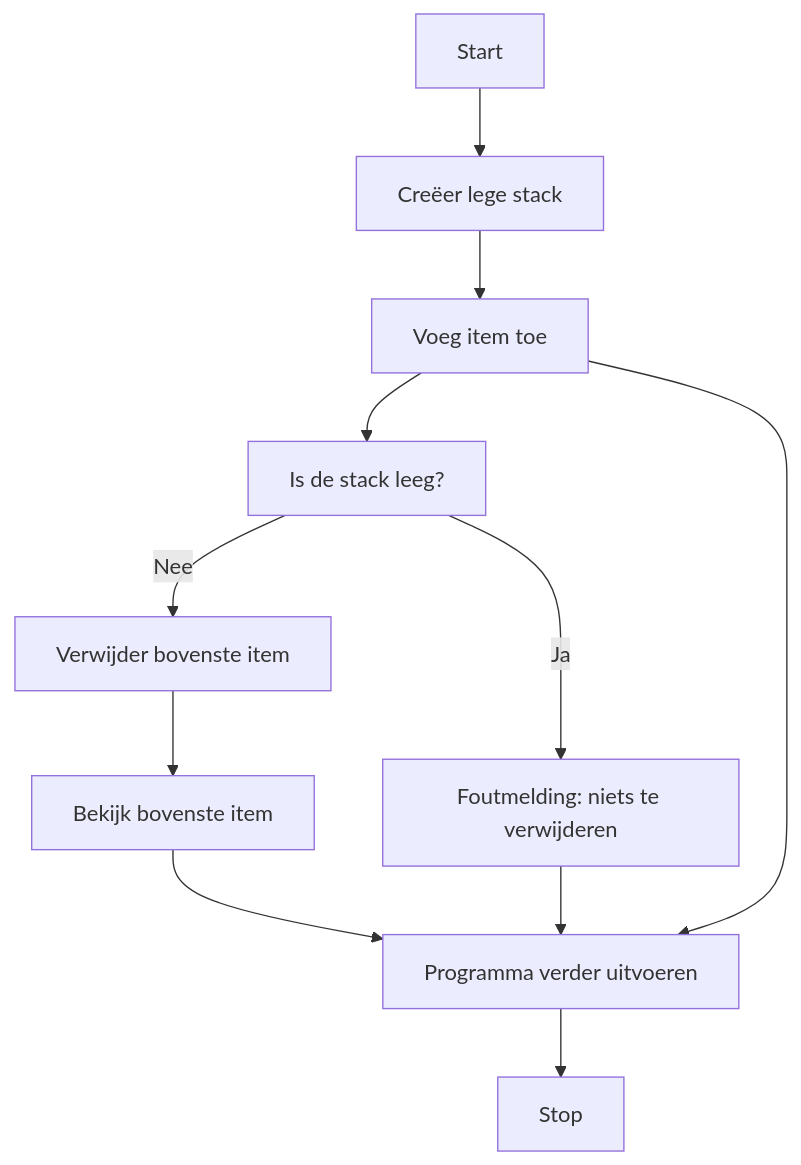
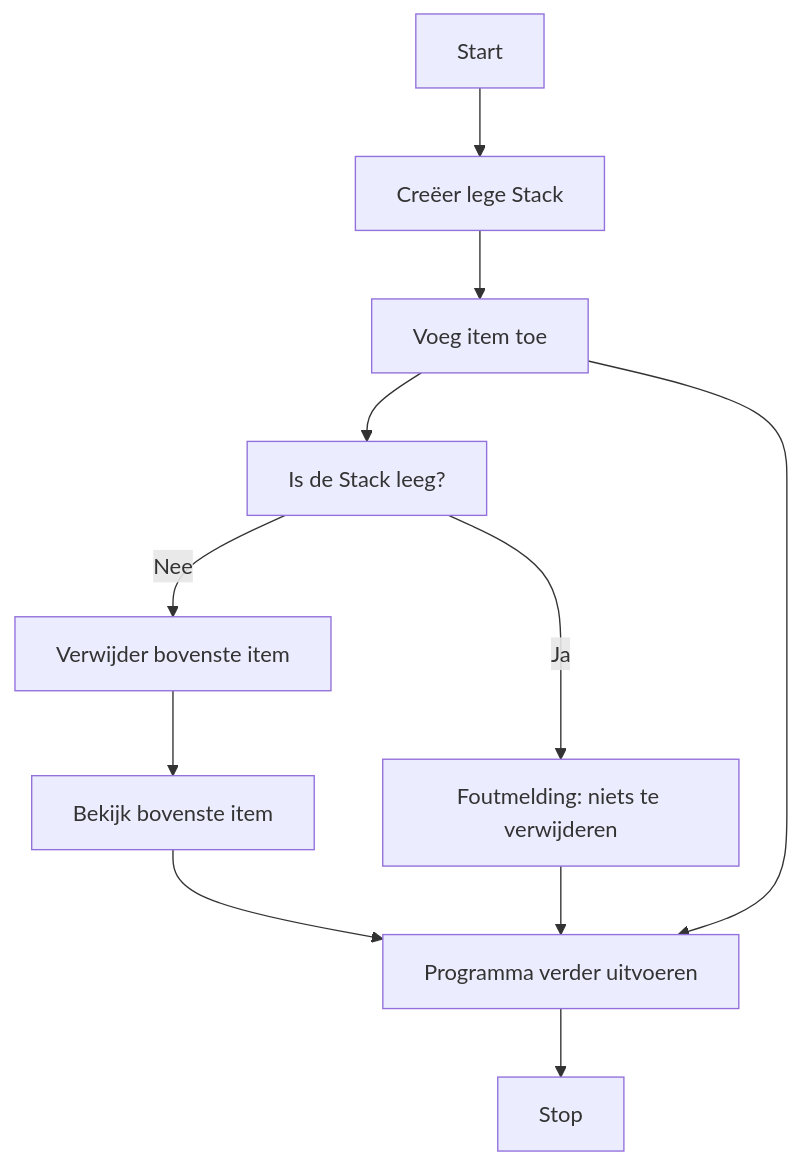
The diagram in content/4. Csharp/Datastructuren/Stack/2. Stappen Stack.md (Windesheim-HBO-ICT/Leerlijn-Content-SE), drawn with Mermaid before and after one commit. The commit also changed other lines of this file and 8 other files, not shown here.

````diff
--- a/content/4. Csharp/Datastructuren/Stack/2. Stappen Stack.md
+++ b/content/4. Csharp/Datastructuren/Stack/2. Stappen Stack.md
@@ -75,13 +79,13 @@
 ```mermaid
 flowchart TD
-    A[Start] --> B[Creëer lege stack]
+    A[Start] --> B[Creëer lege Stack]
     B --> C[Voeg item toe]
-    C --> D[Is de stack leeg?]
+    C --> D[Is de Stack leeg?]
     D -- Ja --> E[Foutmelding: niets te verwijderen]
     D -- Nee --> F[Verwijder bovenste item]
     F --> G[Bekijk bovenste item]
     G --> H[Programma verder uitvoeren]
     E --> H
     C --> H
     H --> I[Stop]
 ```
````
